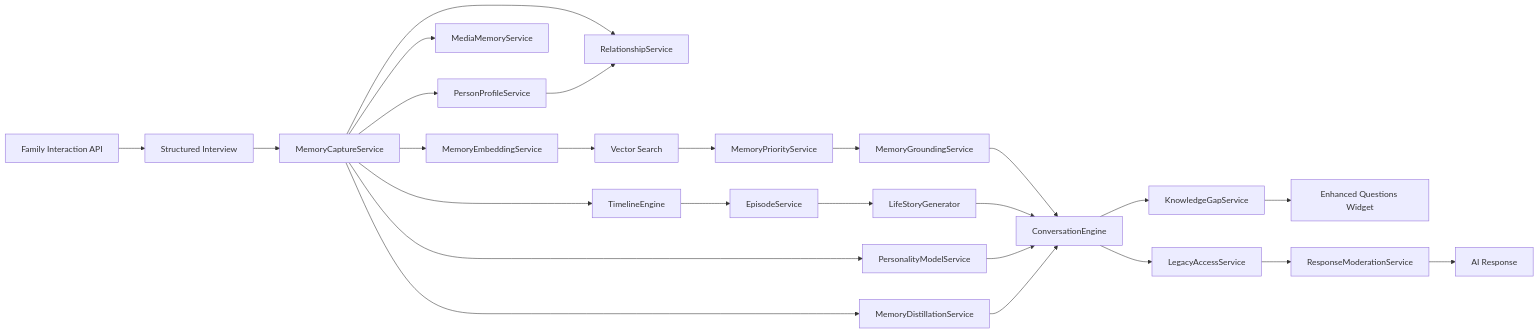
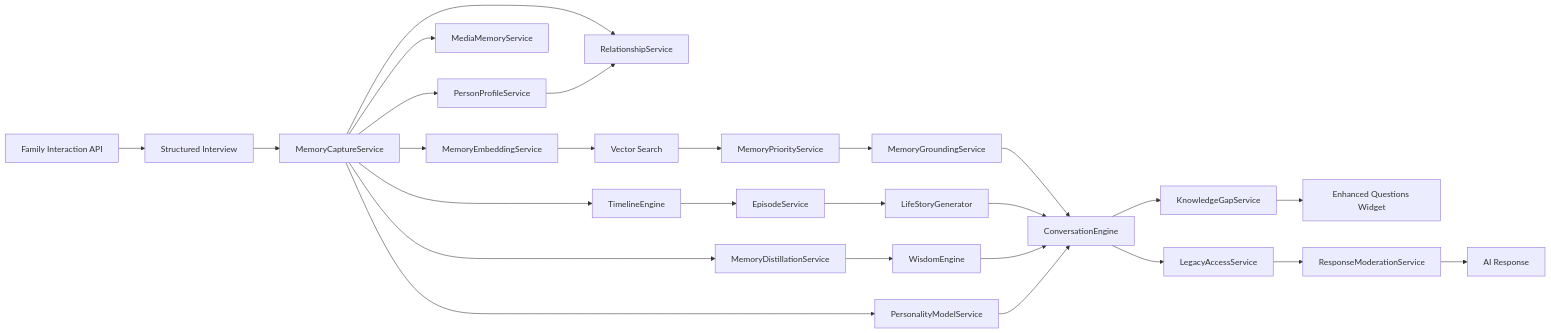
Before and after one commit to ali919191/legacyai: the diagram in README.md, drawn with Mermaid. The commit also changed other lines of this file and 6 other files, not shown here.

Commit message:
Add Wisdom Engine for advice generation from life experiences.

````diff
--- a/README.md
+++ b/README.md
@@ -226,40 +244,40 @@
 ```mermaid
 flowchart LR
     API[Family Interaction API]
     INTERVIEW[Structured Interview]
     MEMORY[MemoryCaptureService]
     PROFILE[PersonProfileService]
     RELATIONSHIP[RelationshipService]
     MEDIA[MediaMemoryService]
     TIMELINE[TimelineEngine]
     EPISODE[EpisodeService]
     EMBED[MemoryEmbeddingService]
     VECTOR[Vector Search]
     PRIORITY[MemoryPriorityService]
     GROUNDING[MemoryGroundingService]
+    WISDOM[WisdomEngine]
     STORY[LifeStoryGenerator]
     CONVO[ConversationEngine]
     GAP[KnowledgeGapService]
     WIDGET[Enhanced Questions Widget]
     PERSONA[PersonalityModelService]
     DISTILL[MemoryDistillationService]
     ACCESS[LegacyAccessService]
     MOD[ResponseModerationService]
     RESPONSE[AI Response]
 
     API --> INTERVIEW --> MEMORY
     MEMORY --> PROFILE
     MEMORY --> RELATIONSHIP
     PROFILE --> RELATIONSHIP
     MEMORY --> MEDIA
     MEMORY --> TIMELINE --> EPISODE
     EPISODE --> STORY
     MEMORY --> EMBED --> VECTOR --> PRIORITY --> GROUNDING --> CONVO
     STORY --> CONVO
     CONVO --> GAP --> WIDGET
     MEMORY --> PERSONA
-    MEMORY --> DISTILL
+    MEMORY --> DISTILL --> WISDOM --> CONVO
     PERSONA --> CONVO
-    DISTILL --> CONVO
     CONVO --> ACCESS --> MOD --> RESPONSE
 ```
````
